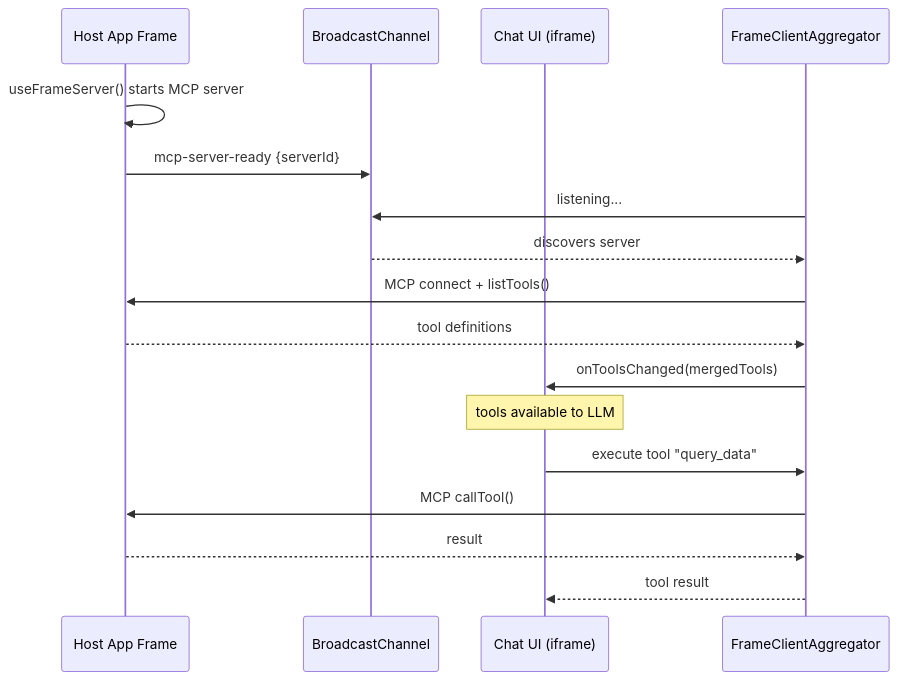
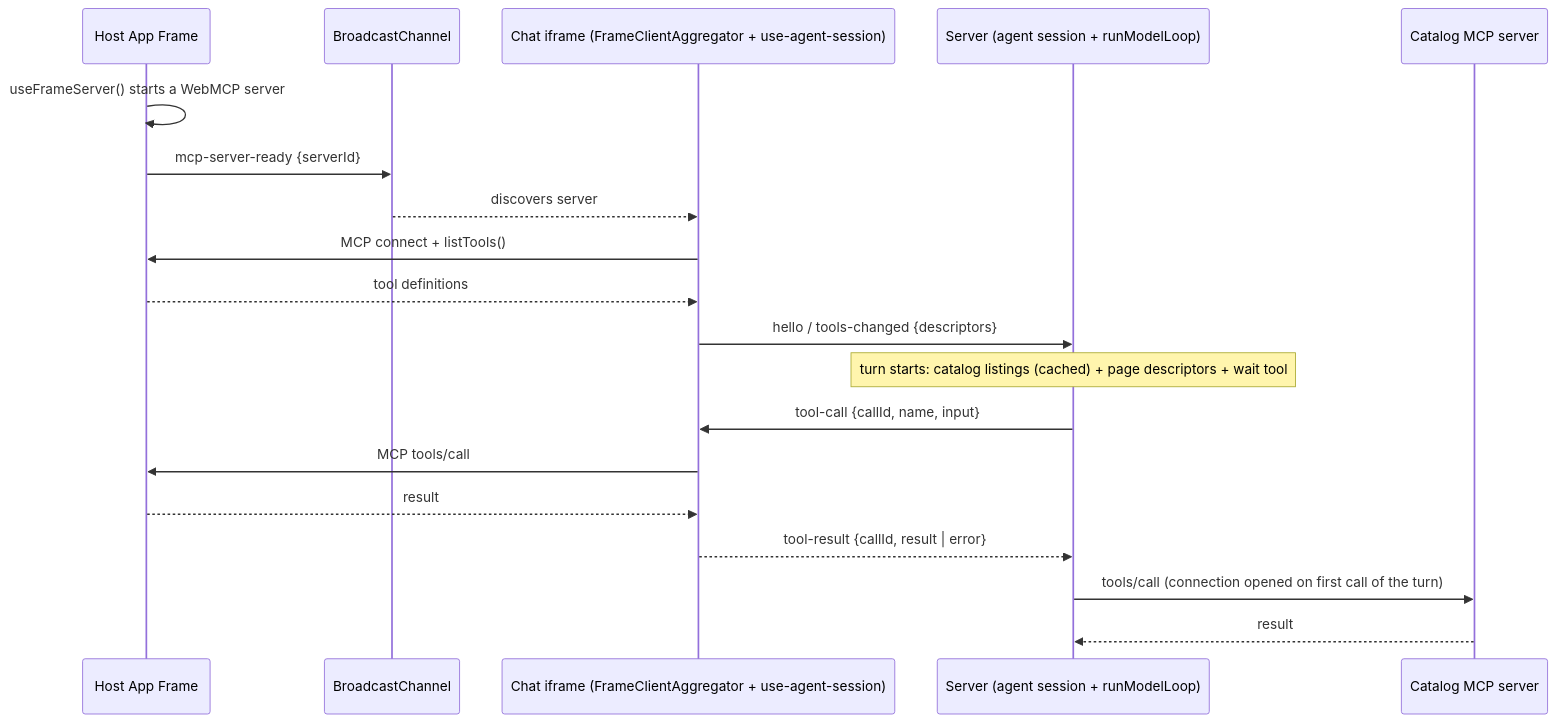
Before and after one commit to data-fair/agents: the first of 4 diagrams in docs/architecture/mcp-tools.md, drawn with Mermaid. The commit also changed other lines of this file and 696 other files, not shown here.

````diff
--- a/docs/architecture/mcp-tools.md
+++ b/docs/architecture/mcp-tools.md
@@ -9,22 +19,25 @@
 ```mermaid
 sequenceDiagram
   participant Host as Host App Frame
   participant BC as BroadcastChannel
-  participant Chat as Chat UI (iframe)
-  participant Agg as FrameClientAggregator
+  participant Chat as Chat iframe (FrameClientAggregator + use-agent-session)
+  participant Srv as Server (agent session + runModelLoop)
+  participant MCP as Catalog MCP server
 
-  Host->>Host: useFrameServer() starts MCP server
+  Host->>Host: useFrameServer() starts a WebMCP server
   Host->>BC: mcp-server-ready {serverId}
-  Agg->>BC: listening...
-  BC-->>Agg: discovers server
-  Agg->>Host: MCP connect + listTools()
-  Host-->>Agg: tool definitions
-  Agg->>Chat: onToolsChanged(mergedTools)
+  BC-->>Chat: discovers server
+  Chat->>Host: MCP connect + listTools()
+  Host-->>Chat: tool definitions
+  Chat->>Srv: hello / tools-changed {descriptors}
 
-  Note over Chat: tools available to LLM
+  Note over Srv: turn starts: catalog listings (cached) + page descriptors + wait tool
 
-  Chat->>Agg: execute tool "query_data"
-  Agg->>Host: MCP callTool()
-  Host-->>Agg: result
-  Agg-->>Chat: tool result
+  Srv->>Chat: tool-call {callId, name, input}
+  Chat->>Host: MCP tools/call
+  Host-->>Chat: result
+  Chat-->>Srv: tool-result {callId, result | error}
+
+  Srv->>MCP: tools/call (connection opened on first call of the turn)
+  MCP-->>Srv: result
 ```
````
